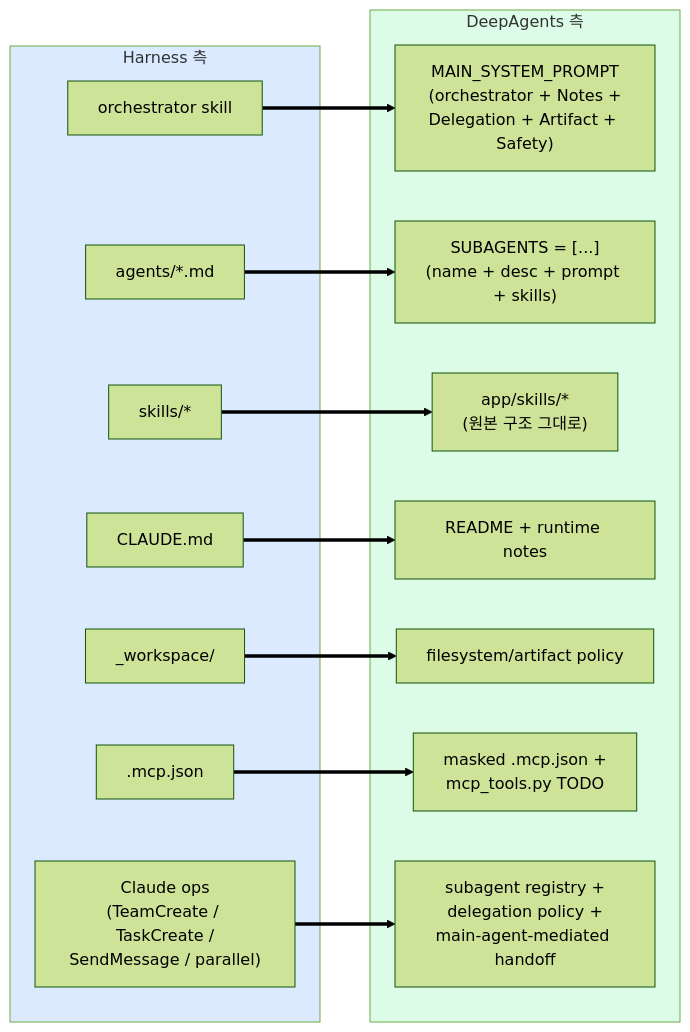
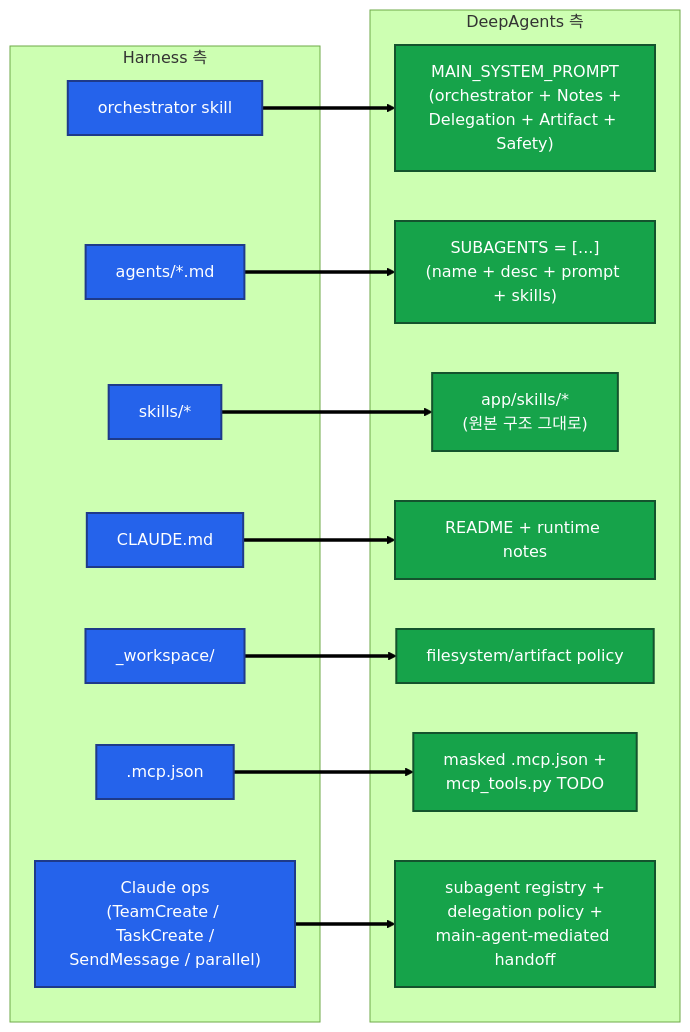
Before and after one commit to tykimos/harness2deepagents: the eighth of 10 diagrams in .claude/skills/harness2deepagents/README.md, drawn with Mermaid (forest theme). The commit also changed other lines of this file and 1 other file, not shown here.

First line of the commit message:
fix(readme): theme-safe mermaid styling for dark + light modes

````diff
--- a/.claude/skills/harness2deepagents/README.md
+++ b/.claude/skills/harness2deepagents/README.md
@@ -336,33 +343,33 @@
 ```mermaid
 graph LR
+    classDef harness fill:#2563eb,color:#fff,stroke:#1e3a8a,stroke-width:2px
+    classDef deepagents fill:#16a34a,color:#fff,stroke:#14532d,stroke-width:2px
+
     subgraph HARNESS["Harness 측"]
-        H_O["orchestrator skill"]
-        H_A["agents/*.md"]
-        H_S["skills/*"]
-        H_C["CLAUDE.md"]
-        H_W["_workspace/"]
-        H_M[".mcp.json"]
-        H_Op["Claude ops<br/>(TeamCreate / TaskCreate /<br/>SendMessage / parallel)"]
+        H_O["orchestrator skill"]:::harness
+        H_A["agents/*.md"]:::harness
+        H_S["skills/*"]:::harness
+        H_C["CLAUDE.md"]:::harness
+        H_W["_workspace/"]:::harness
+        H_M[".mcp.json"]:::harness
+        H_Op["Claude ops<br/>(TeamCreate / TaskCreate /<br/>SendMessage / parallel)"]:::harness
     end
 
     subgraph DA["DeepAgents 측"]
-        D_M["MAIN_SYSTEM_PROMPT<br/>(orchestrator + Notes +<br/>Delegation + Artifact + Safety)"]
-        D_S["SUBAGENTS = [...]<br/>(name + desc + prompt + skills)"]
-        D_Sk["app/skills/*<br/>(원본 구조 그대로)"]
-        D_R["README + runtime notes"]
-        D_F["filesystem/artifact policy"]
-        D_Mcp["masked .mcp.json +<br/>mcp_tools.py TODO"]
-        D_Reg["subagent registry +<br/>delegation policy +<br/>main-agent-mediated handoff"]
+        D_M["MAIN_SYSTEM_PROMPT<br/>(orchestrator + Notes +<br/>Delegation + Artifact + Safety)"]:::deepagents
+        D_S["SUBAGENTS = [...]<br/>(name + desc + prompt + skills)"]:::deepagents
+        D_Sk["app/skills/*<br/>(원본 구조 그대로)"]:::deepagents
+        D_R["README + runtime notes"]:::deepagents
+        D_F["filesystem/artifact policy"]:::deepagents
+        D_Mcp["masked .mcp.json +<br/>mcp_tools.py TODO"]:::deepagents
+        D_Reg["subagent registry +<br/>delegation policy +<br/>main-agent-mediated handoff"]:::deepagents
     end
 
     H_O ==> D_M
     H_A ==> D_S
     H_S ==> D_Sk
     H_C ==> D_R
     H_W ==> D_F
     H_M ==> D_Mcp
     H_Op ==> D_Reg
-
-    style HARNESS fill:#dbeafe
-    style DA fill:#dcfce7
 ```
````
